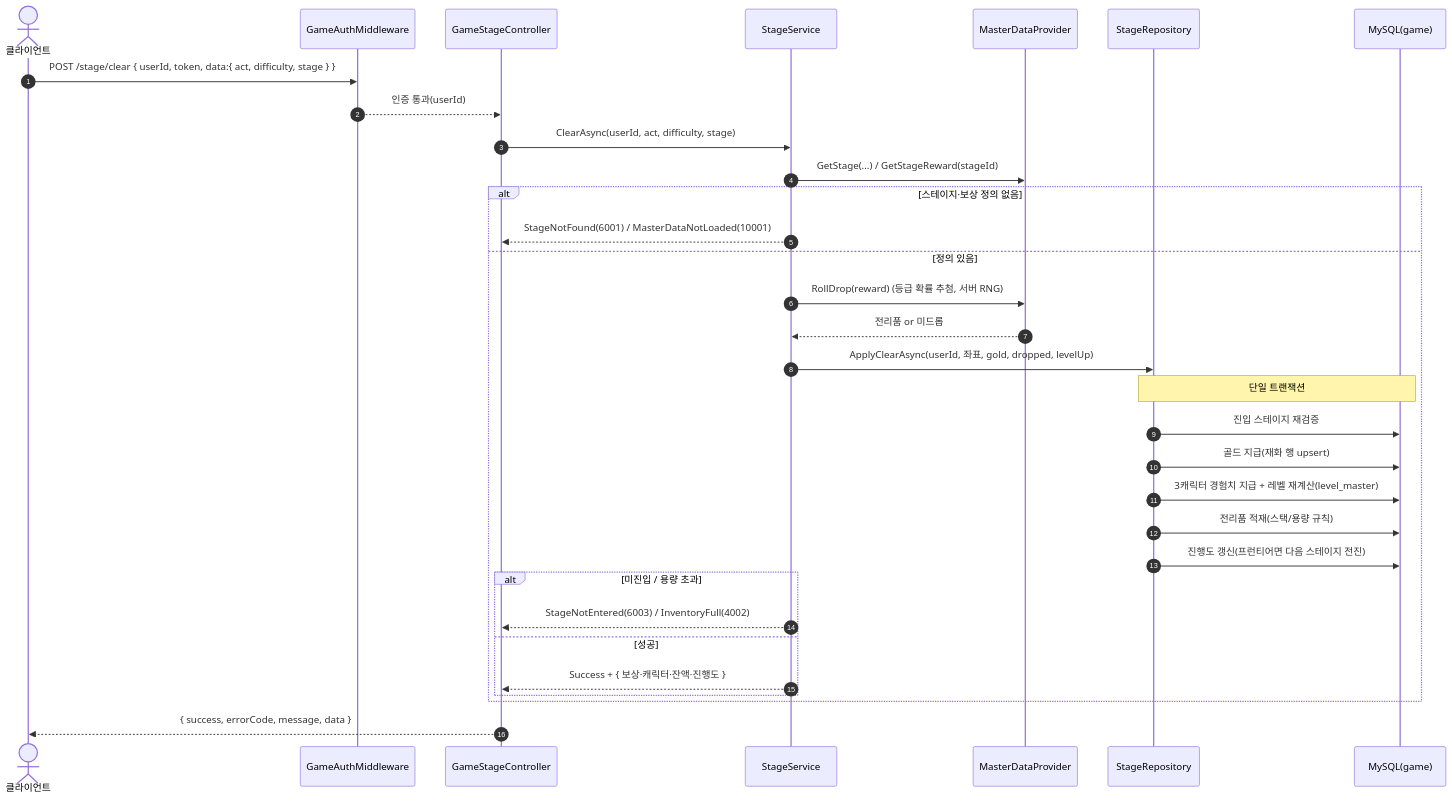
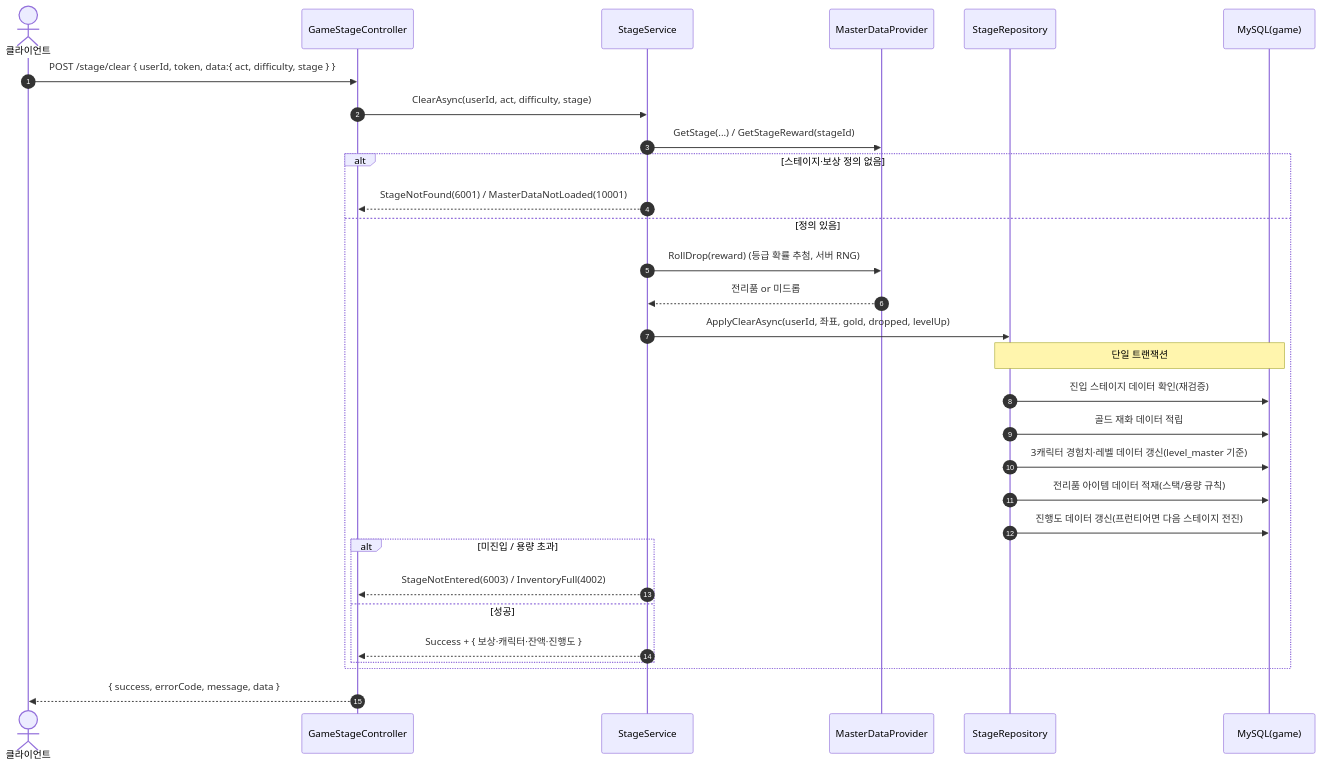
The second of 2 diagrams in SequenceDiagram/GameStageController.md (ks-wook/com2us-taskbar-hero), drawn with Mermaid before and after one commit. The commit also changed other lines of this file and 7 other files, not shown here.

Commit message:
시퀀스 다이어그램 수정

````diff
--- a/SequenceDiagram/GameStageController.md
+++ b/SequenceDiagram/GameStageController.md
@@ -46,35 +44,33 @@
 ```mermaid
 sequenceDiagram
     autonumber
     actor C as 클라이언트
-    participant MW as GameAuthMiddleware
     participant Ctrl as GameStageController
     participant Svc as StageService
     participant MD as MasterDataProvider
     participant Repo as StageRepository
     participant DB as MySQL(game)
 
-    C->>MW: POST /stage/clear { userId, token, data:{ act, difficulty, stage } }
-    MW-->>Ctrl: 인증 통과(userId)
+    C->>Ctrl: POST /stage/clear { userId, token, data:{ act, difficulty, stage } }
     Ctrl->>Svc: ClearAsync(userId, act, difficulty, stage)
     Svc->>MD: GetStage(...) / GetStageReward(stageId)
     alt 스테이지·보상 정의 없음
         Svc-->>Ctrl: StageNotFound(6001) / MasterDataNotLoaded(10001)
     else 정의 있음
         Svc->>MD: RollDrop(reward) (등급 확률 추첨, 서버 RNG)
         MD-->>Svc: 전리품 or 미드롭
         Svc->>Repo: ApplyClearAsync(userId, 좌표, gold, dropped, levelUp)
         Note over Repo,DB: 단일 트랜잭션
-        Repo->>DB: 진입 스테이지 재검증
-        Repo->>DB: 골드 지급(재화 행 upsert)
-        Repo->>DB: 3캐릭터 경험치 지급 + 레벨 재계산(level_master)
-        Repo->>DB: 전리품 적재(스택/용량 규칙)
-        Repo->>DB: 진행도 갱신(프런티어면 다음 스테이지 전진)
+        Repo->>DB: 진입 스테이지 데이터 확인(재검증)
+        Repo->>DB: 골드 재화 데이터 적립
+        Repo->>DB: 3캐릭터 경험치·레벨 데이터 갱신(level_master 기준)
+        Repo->>DB: 전리품 아이템 데이터 적재(스택/용량 규칙)
+        Repo->>DB: 진행도 데이터 갱신(프런티어면 다음 스테이지 전진)
         alt 미진입 / 용량 초과
             Svc-->>Ctrl: StageNotEntered(6003) / InventoryFull(4002)
         else 성공
             Svc-->>Ctrl: Success + { 보상·캐릭터·잔액·진행도 }
         end
     end
     Ctrl-->>C: { success, errorCode, message, data }
 ```
````
